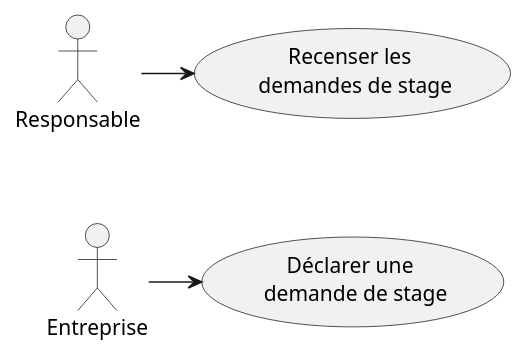
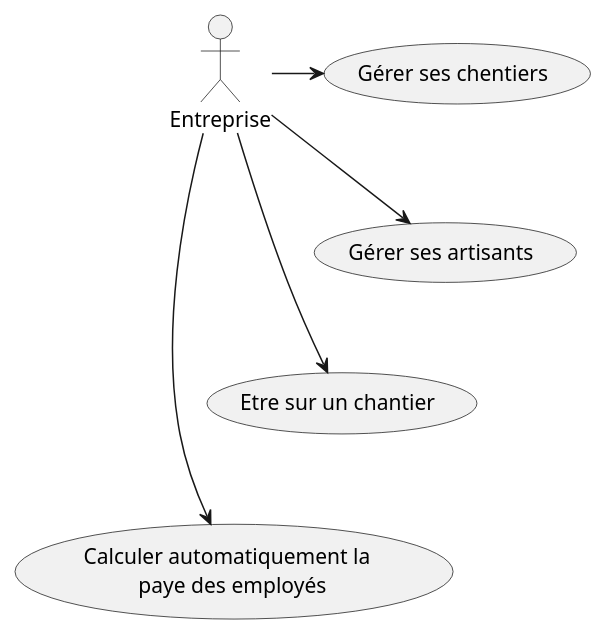
One commit to IUT-Blagnac/r2-01-conception-td5-BSCT-Tormod changed the diagram in .github/issue1.md. Above: the diagram before and after it, drawn with PlantUML.

````diff
--- a/.github/issue1.md
+++ b/.github/issue1.md
@@ -5,17 +5,22 @@
 ```plantuml
 @startuml
 
-usecase r as "Recenser les \n demandes de stage"
-usecase d as "Déclarer une \n demande de stage"
+usecase b as "Gérer ses chentiers"
+usecase c as "Gérer ses artisants"
+usecase d as "Etre sur un chantier"
+usecase e as "Calculer automatiquement la \n paye des employés"
 
-actor Responsable
-actor Entreprise 
+actor Entreprise
 
 'Pour aligner les 2 acteurs :
-r -[hidden]-> d
 
-Responsable -> r
+b -[hidden]-> c
+c -[hidden]-> d
+d -[hidden]-> e
+
+Entreprise -> b
+Entreprise -> c
 Entreprise -> d
-
+Entreprise -> e
 @enduml
 ```
````
